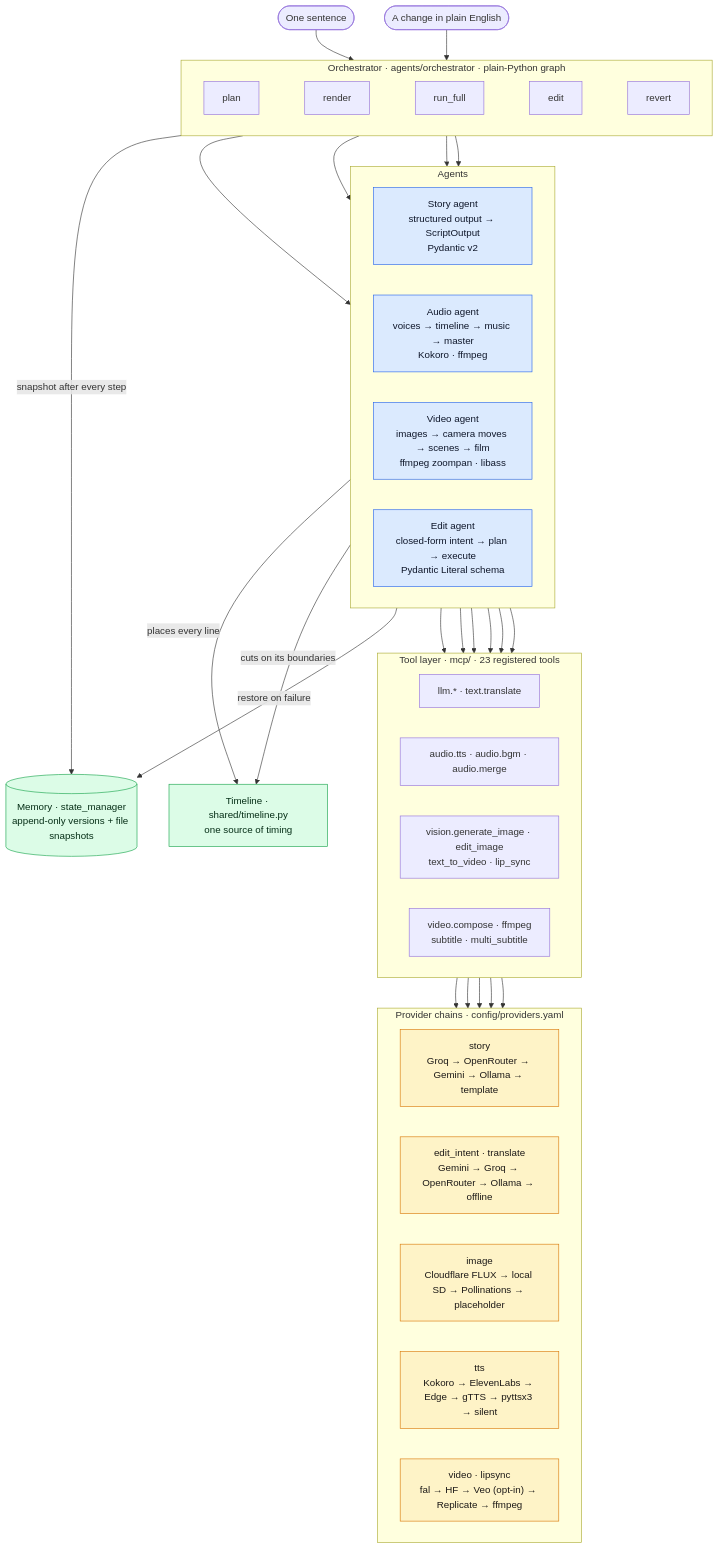
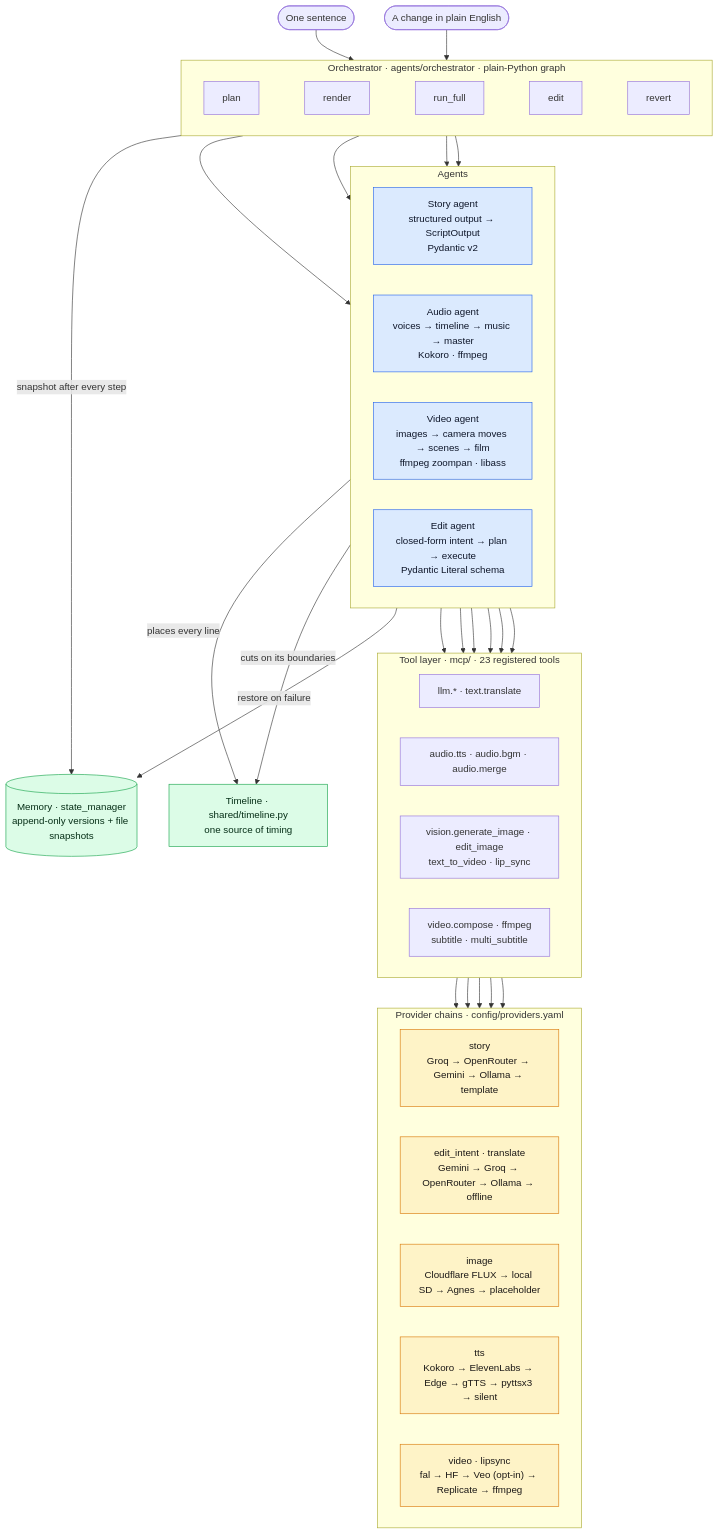
One commit to saad-dafinitiq/Project-Dastango changed the first of 9 diagrams in docs/AGENTS.md. Above: the diagram before and after it, drawn with Mermaid. The commit also changed other lines of this file and 13 other files, not shown here.

````diff
--- a/docs/AGENTS.md
+++ b/docs/AGENTS.md
@@ -26,58 +26,58 @@
 ```mermaid
 flowchart TB
     prompt(["One sentence"]) --> orch
     query(["A change in plain English"]) --> orch
 
     subgraph orch["Orchestrator · agents/orchestrator · plain-Python graph"]
         direction LR
         planN["plan"] ~~~ renderN["render"] ~~~ fullN["run_full"] ~~~ editN["edit"] ~~~ revertN["revert"]
     end
 
     subgraph agents["Agents"]
         direction LR
         story["Story agent<br/>structured output → ScriptOutput<br/>Pydantic v2"]
         audio["Audio agent<br/>voices → timeline → music → master<br/>Kokoro · ffmpeg"]
         video["Video agent<br/>images → camera moves → scenes → film<br/>ffmpeg zoompan · libass"]
         edit["Edit agent<br/>closed-form intent → plan → execute<br/>Pydantic Literal schema"]
     end
 
     subgraph toolsL["Tool layer · mcp/ · 23 registered tools"]
         direction LR
         tLLM["llm.* · text.translate"]
         tAud["audio.tts · audio.bgm · audio.merge"]
         tVis["vision.generate_image · edit_image<br/>text_to_video · lip_sync"]
         tVid["video.compose · ffmpeg<br/>subtitle · multi_subtitle"]
     end
 
     subgraph chains["Provider chains · config/providers.yaml"]
         direction LR
         cStory["story<br/>Groq → OpenRouter → Gemini → Ollama → template"]
         cLLM["edit_intent · translate<br/>Gemini → Groq → OpenRouter → Ollama → offline"]
-        cImg["image<br/>Cloudflare FLUX → local SD → Pollinations → placeholder"]
+        cImg["image<br/>Cloudflare FLUX → local SD → Agnes → placeholder"]
         cTts["tts<br/>Kokoro → ElevenLabs → Edge → gTTS → pyttsx3 → silent"]
         cMot["video · lipsync<br/>fal → HF → Veo (opt-in) → Replicate → ffmpeg"]
     end
 
     memory[("Memory · state_manager<br/>append-only versions + file snapshots")]
     timeline["Timeline · shared/timeline.py<br/>one source of timing"]
 
     orch --> story & audio & video & edit
     story --> tLLM
     edit --> tLLM
     audio --> tAud
     video --> tVis & tVid & tLLM
     tLLM --> cStory & cLLM
     tVis --> cImg & cMot
     tAud --> cTts
     audio -- "places every line" --> timeline
     video -- "cuts on its boundaries" --> timeline
     orch -- "snapshot after every step" --> memory
     edit -- "restore on failure" --> memory
 
     classDef agent fill:#dbeafe,stroke:#2563eb,color:#0f172a
     classDef chain fill:#fef3c7,stroke:#d97706,color:#1c1917
     classDef store fill:#dcfce7,stroke:#16a34a,color:#052e16
     class story,audio,video,edit agent
     class cStory,cLLM,cImg,cTts,cMot chain
     class memory,timeline store
 ```
````
